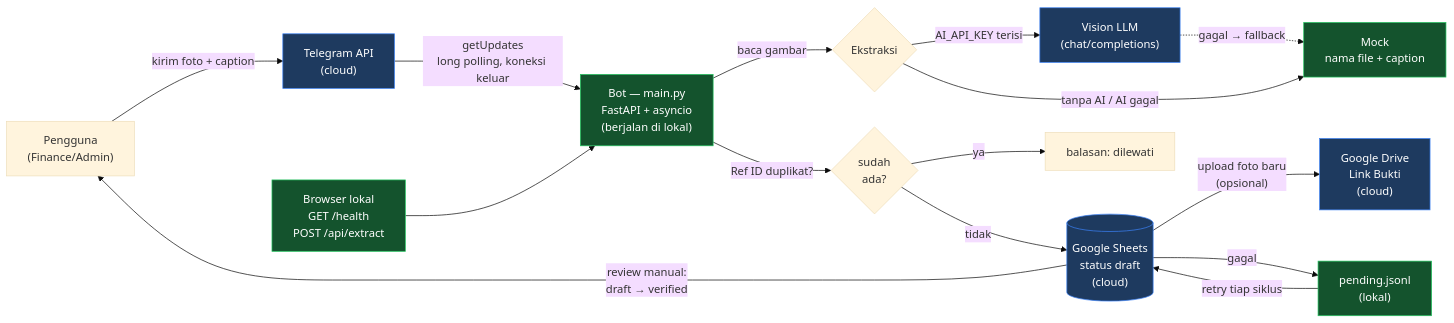
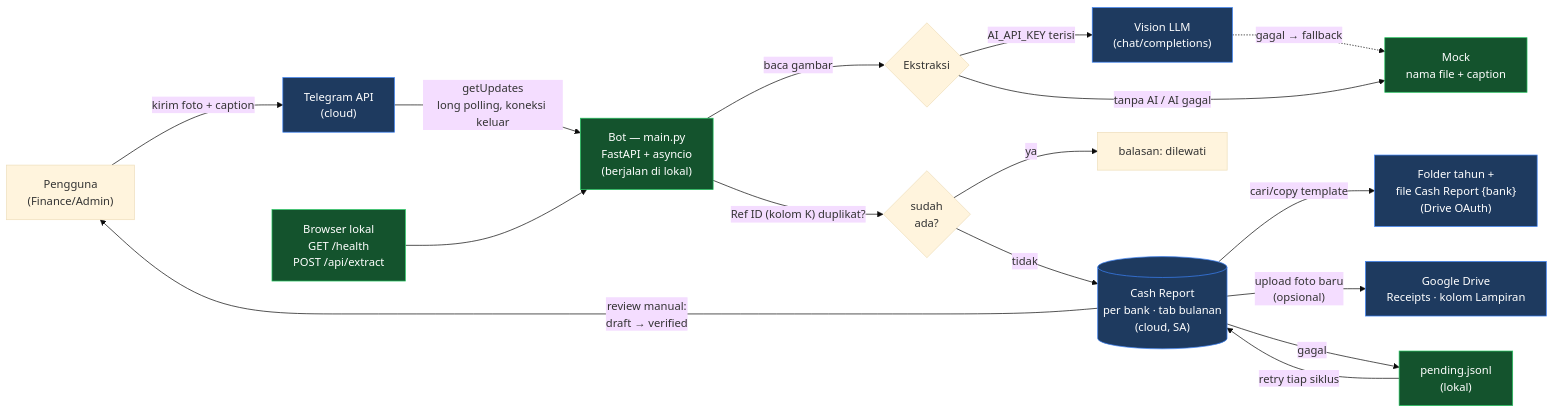
One commit to Project-Rework-G3-AI/ai-finance-assistant changed the diagram in README.md. Above: the diagram before and after it, drawn with Mermaid (base theme). The commit also changed other lines of this file and 6 other files, not shown here.

First line of the commit message:
feat: tulis ke struktur Cash Report (folder tahun, file bank, tab bulanan)

````diff
--- a/README.md
+++ b/README.md
@@ -9,25 +9,27 @@
 ```mermaid
 flowchart LR
     U["Pengguna<br/>(Finance/Admin)"] -->|"kirim foto + caption"| TG["Telegram API<br/>(cloud)"]
     TG -->|"getUpdates<br/>long polling, koneksi keluar"| BOT["Bot — main.py<br/>FastAPI + asyncio<br/>(berjalan di lokal)"]
 
     BOT -->|"baca gambar"| EXT{"Ekstraksi"}
     EXT -->|"AI_API_KEY terisi"| VIS["Vision LLM<br/>(chat/completions)"]
     EXT -->|"tanpa AI / AI gagal"| MOCK["Mock<br/>nama file + caption"]
     VIS -.->|"gagal → fallback"| MOCK
 
-    BOT -->|"Ref ID duplikat?"| DUP{"sudah<br/>ada?"}
+    BOT -->|"Ref ID (kolom K) duplikat?"| DUP{"sudah<br/>ada?"}
     DUP -->|"ya"| SKIP["balasan: dilewati"]
-    DUP -->|"tidak"| SHEET[("Google Sheets<br/>status draft<br/>(cloud)")]
-    SHEET -->|"upload foto baru<br/>(opsional)"| DRIVE["Google Drive<br/>Link Bukti<br/>(cloud)"]
-    SHEET -->|"gagal"| PEND["pending.jsonl<br/>(lokal)"]
-    PEND -->|"retry tiap siklus"| SHEET
+    DUP -->|"tidak"| CR[("Cash Report<br/>per bank · tab bulanan<br/>(cloud, SA)")]
 
-    SHEET -->|"review manual:<br/>draft → verified"| U
+    CR -->|"cari/copy template"| YR["Folder tahun +<br/>file Cash Report {bank}<br/>(Drive OAuth)"]
+    CR -->|"upload foto baru<br/>(opsional)"| DRIVE["Google Drive<br/>Receipts · kolom Lampiran"]
+    CR -->|"gagal"| PEND["pending.jsonl<br/>(lokal)"]
+    PEND -->|"retry tiap siklus"| CR
+
+    CR -->|"review manual:<br/>draft → verified"| U
     W["Browser lokal<br/>GET /health<br/>POST /api/extract"] --> BOT
 
     classDef cloud fill:#1e3a5f,stroke:#3b82f6,color:#fff
     classDef local fill:#14532d,stroke:#22c55e,color:#fff
-    class TG,SHEET,VIS,DRIVE cloud
+    class TG,CR,VIS,DRIVE,YR cloud
     class BOT,MOCK,PEND,W local
 ```
````
